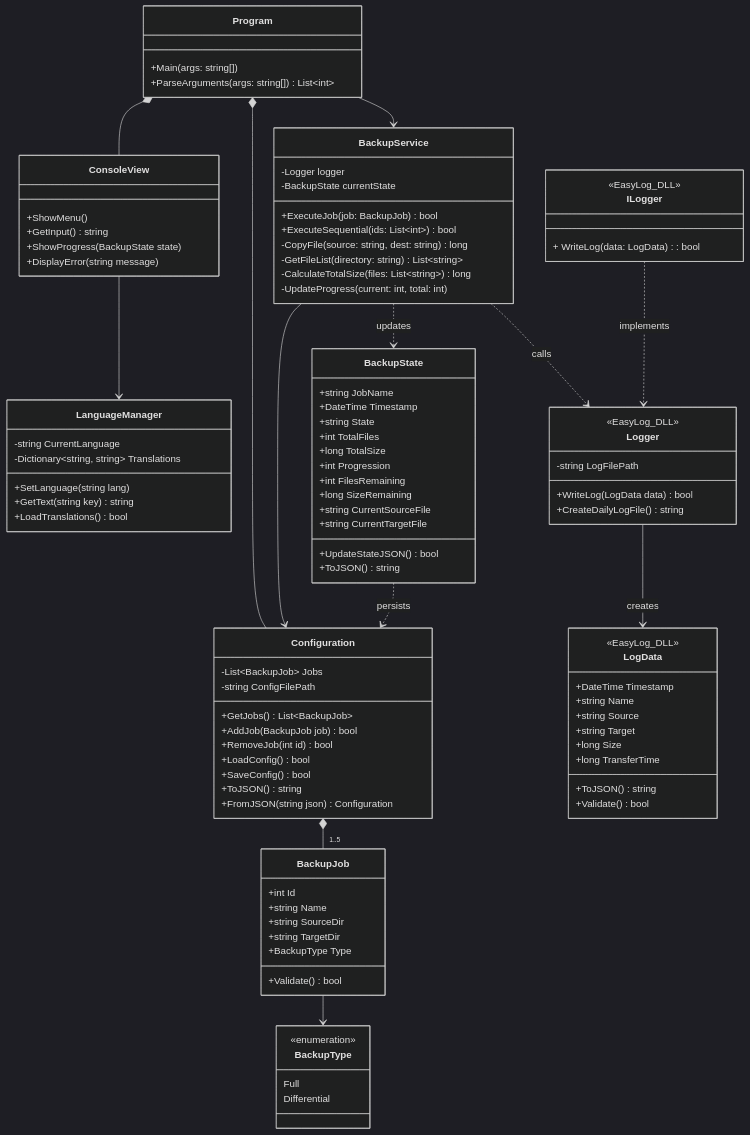
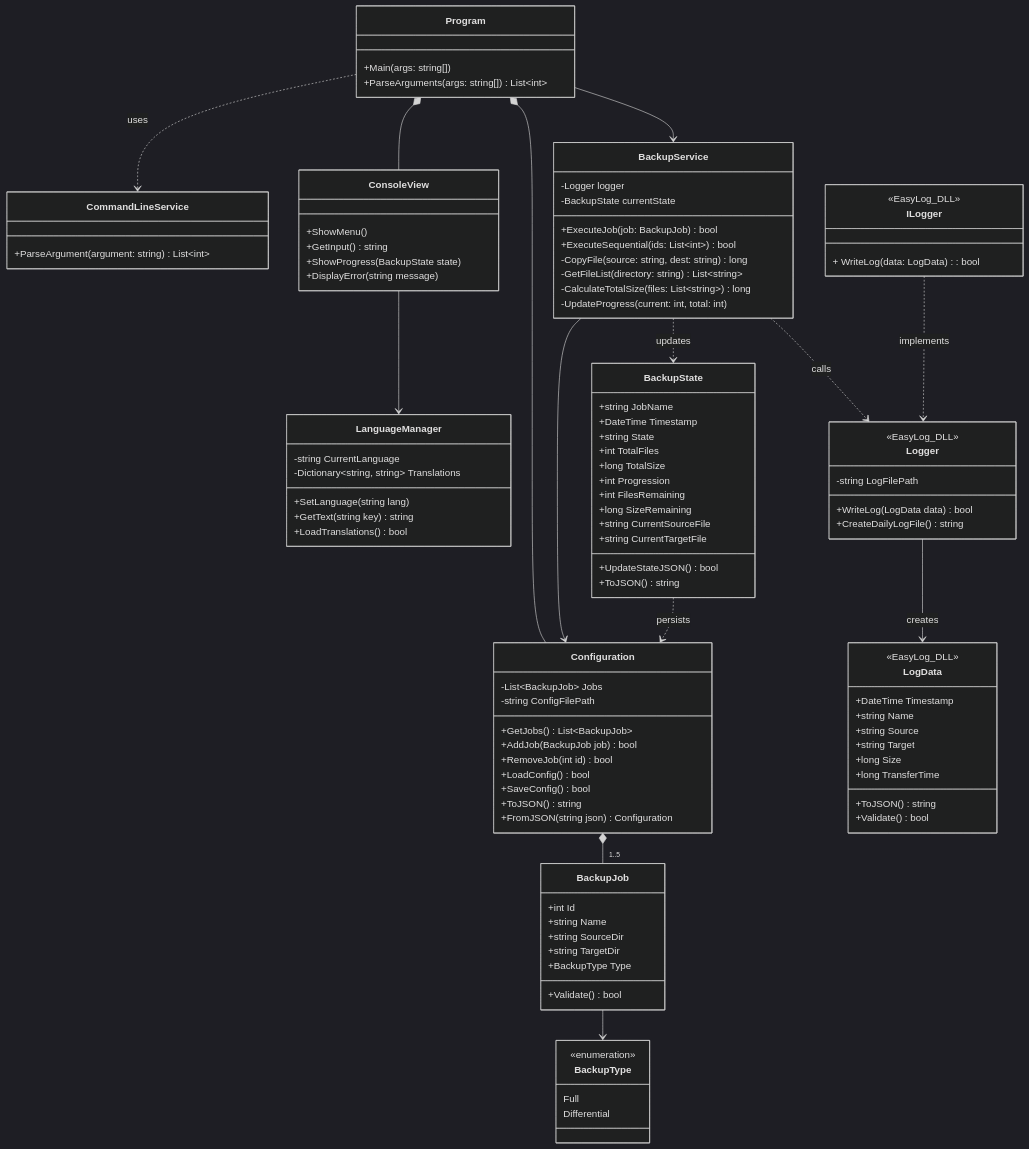
One commit to Groupe1-Prosoft/EasySave changed the second of 8 diagrams in Diagrams/UML.md. Above: the diagram before and after it, drawn with Mermaid (dark theme). The commit also changed 2 other files, not shown here.

Commit message:
Changment on diagram on develop and architecture

```diff
--- a/Diagrams/UML.md
+++ b/Diagrams/UML.md
@@ -60,7 +60,10 @@
         +Main(args: string[])
         +ParseArguments(args: string[]) List~int~
     }
-    
+    class CommandLineService {
+    +ParseArgument(argument: string) List~int~
+    }
+
     class ConsoleView {
         +ShowMenu()
         +GetInput() string
@@ -163,6 +166,7 @@
     Program *-- ConsoleView
     Program *-- Configuration
     Program --> BackupService
+    Program ..> CommandLineService : uses
     ConsoleView --> LanguageManager
     
     
```
